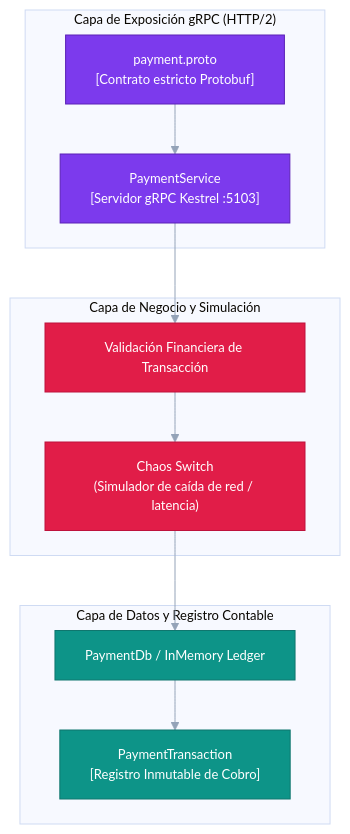
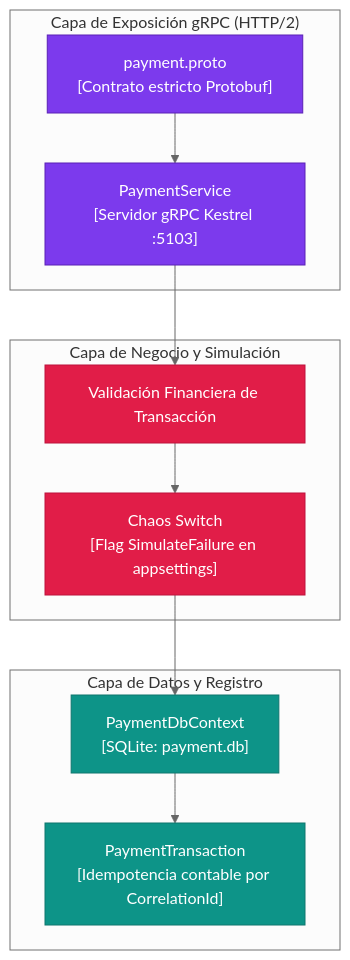
Before and after one commit to arza-developer/tp-distribuidos-grupo2-asientos: the diagram in docs/c4/05_payment_components.md, drawn with Mermaid. The commit also changed 11 other files, not shown here.

Commit message:
docs: corregir contraste neutral mermaid, eliminar inconsistencias y sincronizar e2e

````diff
--- a/docs/c4/05_payment_components.md
+++ b/docs/c4/05_payment_components.md
@@ -7,40 +7,31 @@
 ```mermaid
-%%{init: {
-  'theme': 'base',
-  'themeVariables': {
-    'fontSize': '13px',
-    'fontFamily': 'Segoe UI, Helvetica, sans-serif',
-    'textColor': '#f8fafc',
-    'lineColor': '#94a3b8',
-    'edgeLabelBackground': '#1e293b'
-  }
-}}%%
+%%{init: {'theme': 'neutral'}}%%
 flowchart TD
     subgraph Presentation["Capa de Exposición gRPC (HTTP/2)"]
         ProtoContract["payment.proto\n[Contrato estricto Protobuf]"]
         GrpcSvc["PaymentService\n[Servidor gRPC Kestrel :5103]"]
         ProtoContract --> GrpcSvc
     end
 
     subgraph Business["Capa de Negocio y Simulación"]
         TxVal["Validación Financiera de Transacción"]
-        Chaos["Chaos Switch\n(Simulador de caída de red / latencia)"]
+        Chaos["Chaos Switch\n[Flag SimulateFailure en appsettings]"]
         GrpcSvc --> TxVal
         TxVal --> Chaos
     end
 
-    subgraph DataAccess["Capa de Datos y Registro Contable"]
-        Ledger["PaymentDb / InMemory Ledger"]
-        TxRec["PaymentTransaction\n[Registro Inmutable de Cobro]"]
-        Chaos --> Ledger
-        Ledger --> TxRec
+    subgraph DataAccess["Capa de Datos y Registro"]
+        PaymentDb["PaymentDbContext\n[SQLite: payment.db]"]
+        TxRec["PaymentTransaction\n[Idempotencia contable por CorrelationId]"]
+        Chaos --> PaymentDb
+        PaymentDb --> TxRec
     end
 
-    classDef pres fill:#7c3aed,stroke:#5b21b6,color:#fff;
-    classDef biz fill:#e11d48,stroke:#be123c,color:#fff;
-    classDef data fill:#0d9488,stroke:#0f766e,color:#fff;
+    classDef pres fill:#7c3aed,stroke:#5b21b6,color:#ffffff;
+    classDef biz fill:#e11d48,stroke:#be123c,color:#ffffff;
+    classDef data fill:#0d9488,stroke:#0f766e,color:#ffffff;
 
     class ProtoContract,GrpcSvc pres;
     class TxVal,Chaos biz;
-    class Ledger,TxRec data;
+    class PaymentDb,TxRec data;
 ```
````
